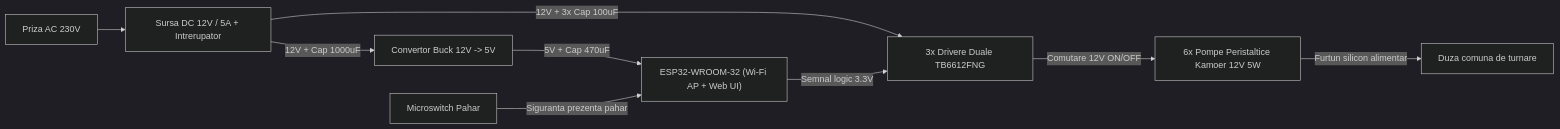
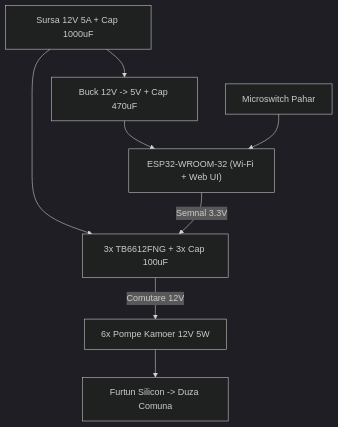
Before and after one commit to ionut509/sto-drink-dispenser: the diagram in README.md, drawn with Mermaid (dark theme).

Commit message:
Docs: use compact TD Mermaid architecture diagram

````diff
--- a/README.md
+++ b/README.md
@@ -33,11 +33,10 @@
 ```mermaid
-flowchart LR
-    AC["Priza AC 230V"] --> PSU["Sursa DC 12V / 5A + Intrerupator"]
-    PSU -->|"12V + Cap 1000uF"| BUCK["Convertor Buck 12V -> 5V"]
-    PSU -->|"12V + 3x Cap 100uF"| DRV["3x Drivere Duale TB6612FNG"]
-    BUCK -->|"5V + Cap 470uF"| ESP["ESP32-WROOM-32 (Wi-Fi AP + Web UI)"]
-    SW["Microswitch Pahar"] -->|"Siguranta prezenta pahar"| ESP
-    ESP -->|"Semnal logic 3.3V"| DRV
-    DRV -->|"Comutare 12V ON/OFF"| PUMP["6x Pompe Peristaltice Kamoer 12V 5W"]
-    PUMP -->|"Furtun silicon alimentar"| NOZ["Duza comuna de turnare"]
+flowchart TD
+    PSU["Sursa 12V 5A + Cap 1000uF"] --> BUCK["Buck 12V -> 5V + Cap 470uF"]
+    PSU --> DRV["3x TB6612FNG + 3x Cap 100uF"]
+    BUCK --> ESP["ESP32-WROOM-32 (Wi-Fi + Web UI)"]
+    SW["Microswitch Pahar"] --> ESP
+    ESP -->|"Semnal 3.3V"| DRV
+    DRV -->|"Comutare 12V"| PUMP["6x Pompe Kamoer 12V 5W"]
+    PUMP --> NOZ["Furtun Silicon -> Duza Comuna"]
 ```
````
